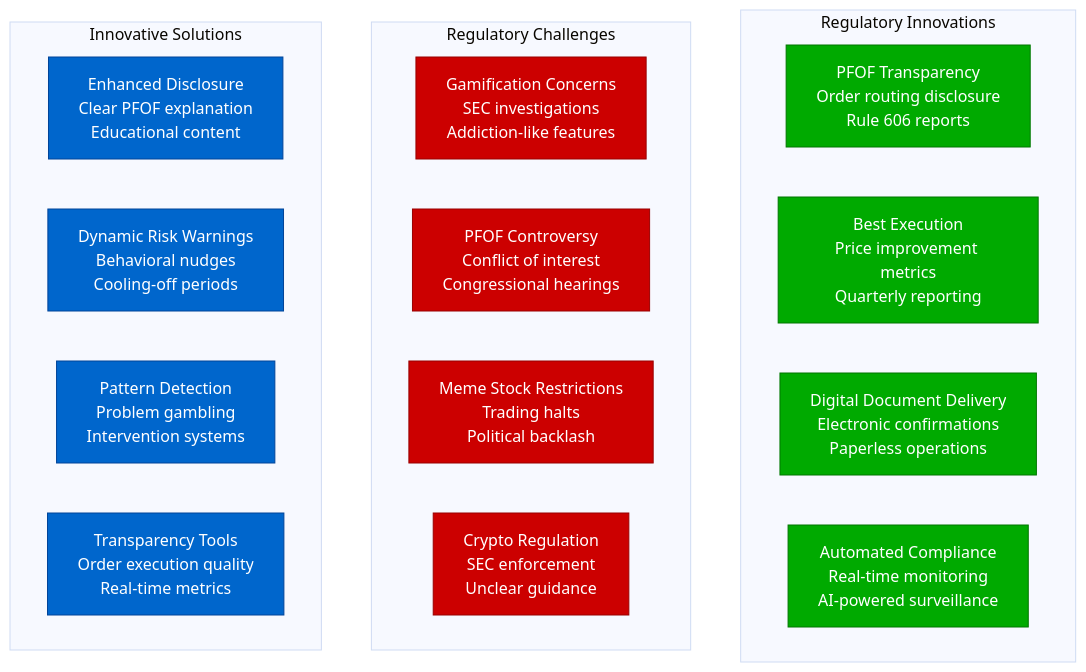
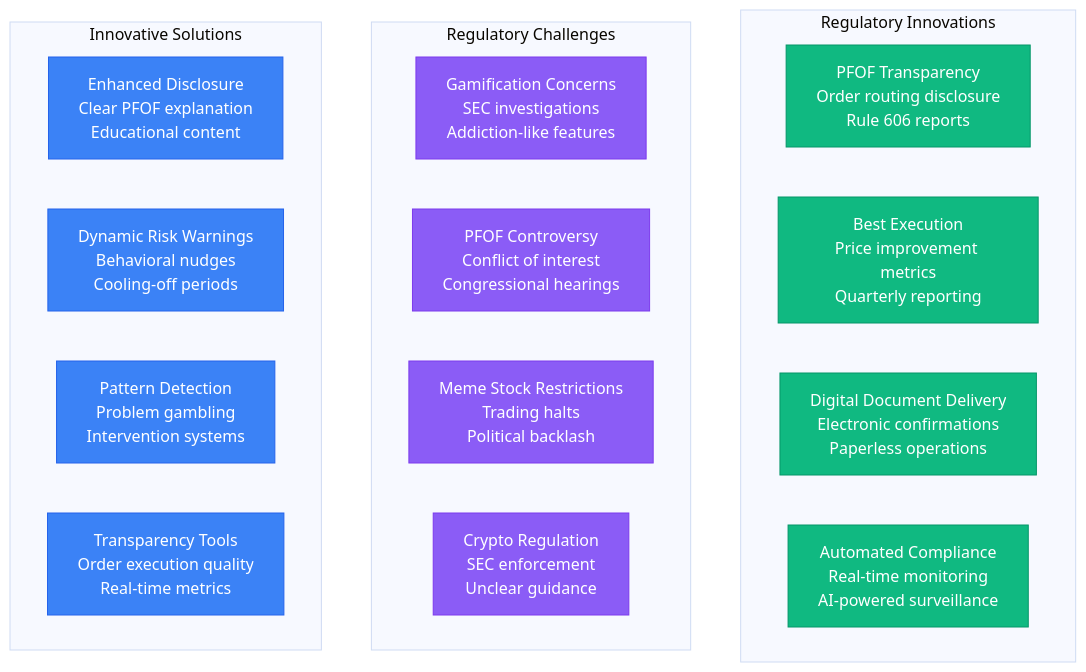
Before and after one commit to deepaucksharma/DS: the tenth of 11 diagrams in site/docs/systems/robinhood/07-novel-solutions.md, drawn with Mermaid (base theme). The commit also changed other lines of this file and 187 other files, not shown here.

````diff
--- a/site/docs/systems/robinhood/07-novel-solutions.md
+++ b/site/docs/systems/robinhood/07-novel-solutions.md
@@ -375,31 +375,31 @@
 ```mermaid
 graph TB
     subgraph Innovations[Regulatory Innovations]
         PFOF_DISCLOSURE[PFOF Transparency<br/>Order routing disclosure<br/>Rule 606 reports]
         BEST_EXECUTION[Best Execution<br/>Price improvement metrics<br/>Quarterly reporting]
         DIGITAL_DELIVERY[Digital Document Delivery<br/>Electronic confirmations<br/>Paperless operations]
         AUTOMATED_COMPLIANCE[Automated Compliance<br/>Real-time monitoring<br/>AI-powered surveillance]
     end
 
     subgraph Challenges[Regulatory Challenges]
         GAMIFICATION_CONCERN[Gamification Concerns<br/>SEC investigations<br/>Addiction-like features]
         PFOF_CONTROVERSY[PFOF Controversy<br/>Conflict of interest<br/>Congressional hearings]
         MEME_STOCK_RESTRICTIONS[Meme Stock Restrictions<br/>Trading halts<br/>Political backlash]
         CRYPTO_UNCERTAINTY[Crypto Regulation<br/>SEC enforcement<br/>Unclear guidance]
     end
 
     subgraph Solutions[Innovative Solutions]
         ENHANCED_DISCLOSURE[Enhanced Disclosure<br/>Clear PFOF explanation<br/>Educational content]
         RISK_WARNINGS[Dynamic Risk Warnings<br/>Behavioral nudges<br/>Cooling-off periods]
         PATTERN_DETECTION[Pattern Detection<br/>Problem gambling<br/>Intervention systems]
         TRANSPARENCY_TOOLS[Transparency Tools<br/>Order execution quality<br/>Real-time metrics]
     end
 
-    classDef innovationStyle fill:#00AA00,stroke:#007700,color:#fff
-    classDef challengeStyle fill:#CC0000,stroke:#990000,color:#fff
-    classDef solutionStyle fill:#0066CC,stroke:#004499,color:#fff
+    classDef innovationStyle fill:#10B981,stroke:#059669,color:#fff
+    classDef challengeStyle fill:#8B5CF6,stroke:#7C3AED,color:#fff
+    classDef solutionStyle fill:#3B82F6,stroke:#2563EB,color:#fff
 
     class PFOF_DISCLOSURE,BEST_EXECUTION,DIGITAL_DELIVERY,AUTOMATED_COMPLIANCE innovationStyle
     class GAMIFICATION_CONCERN,PFOF_CONTROVERSY,MEME_STOCK_RESTRICTIONS,CRYPTO_UNCERTAINTY challengeStyle
     class ENHANCED_DISCLOSURE,RISK_WARNINGS,PATTERN_DETECTION,TRANSPARENCY_TOOLS solutionStyle
 ```
````
